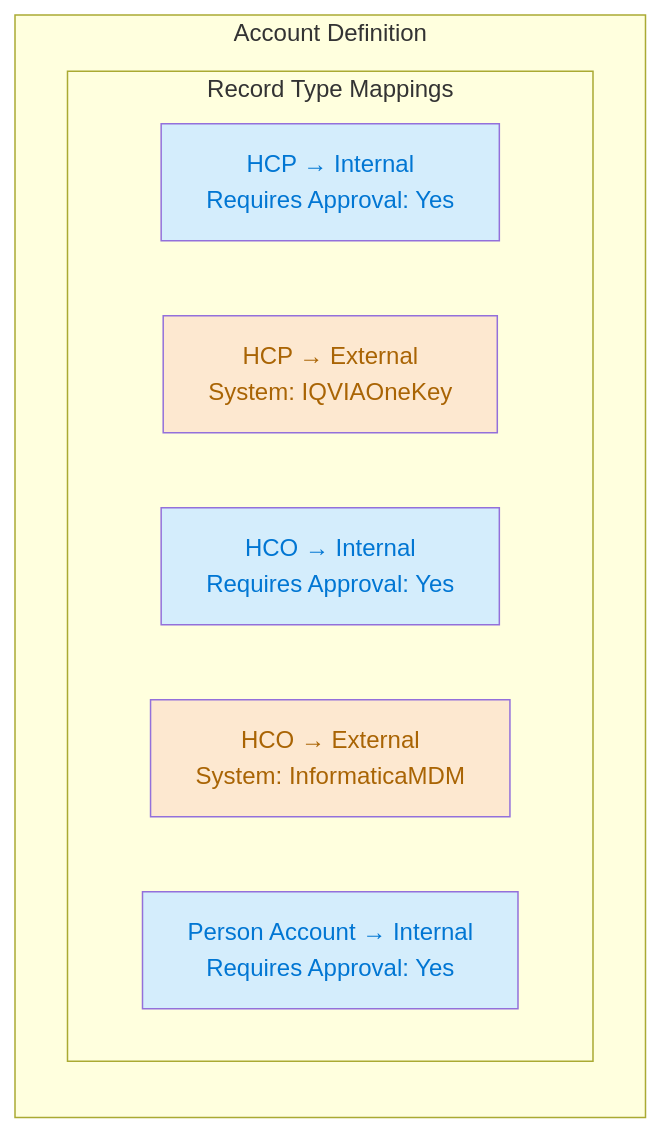
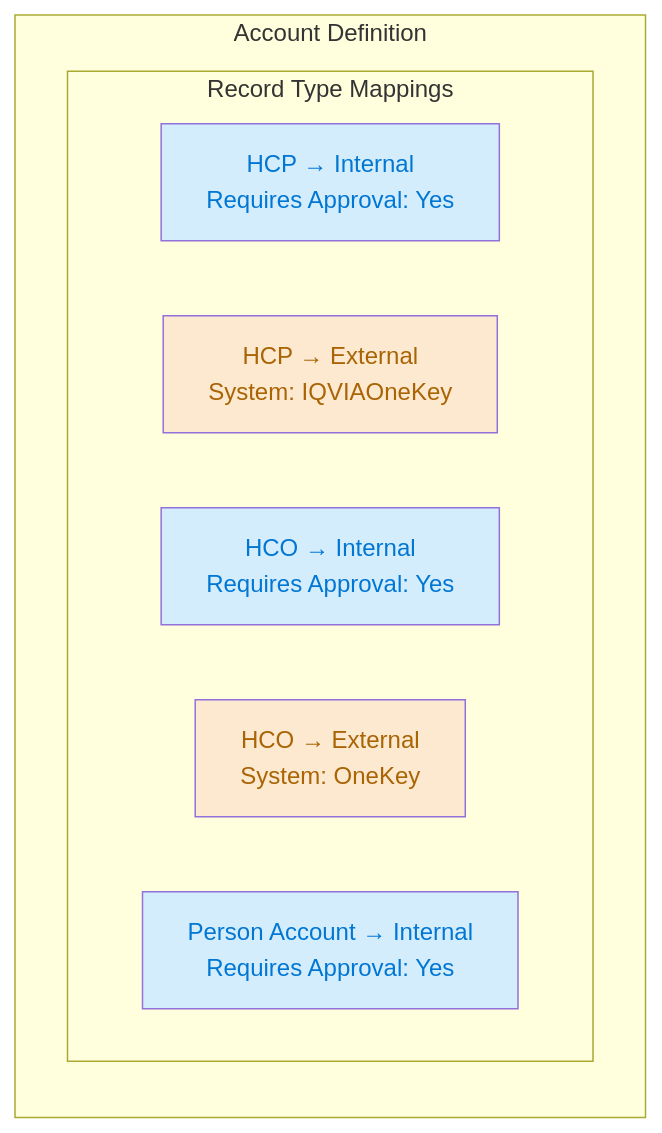
One commit to afls-ideas/learn-data-change-request changed the second of 7 diagrams in VALIDATION_TYPES.md. Above: the diagram before and after it, drawn with Mermaid. The commit also changed other lines of this file and 2 other files, not shown here.

Commit message:
Remove Informatica MDM references and fix mermaid diagram text overflow

````diff
--- a/VALIDATION_TYPES.md
+++ b/VALIDATION_TYPES.md
@@ -51,18 +51,18 @@
 ```mermaid
 graph LR
     subgraph "Account Definition"
         subgraph "Record Type Mappings"
             HCP_INT["HCP → Internal<br/>Requires Approval: Yes"]
             HCP_EXT["HCP → External<br/>System: IQVIAOneKey"]
             HCO_INT["HCO → Internal<br/>Requires Approval: Yes"]
-            HCO_EXT["HCO → External<br/>System: InformaticaMDM"]
+            HCO_EXT["HCO → External<br/>System: OneKey"]
             PA["Person Account → Internal<br/>Requires Approval: Yes"]
         end
     end
 
     style HCP_INT fill:#d4edfc,color:#0176d3
     style HCO_INT fill:#d4edfc,color:#0176d3
     style PA fill:#d4edfc,color:#0176d3
     style HCP_EXT fill:#fde8d0,color:#a96404
     style HCO_EXT fill:#fde8d0,color:#a96404
 ```
````
